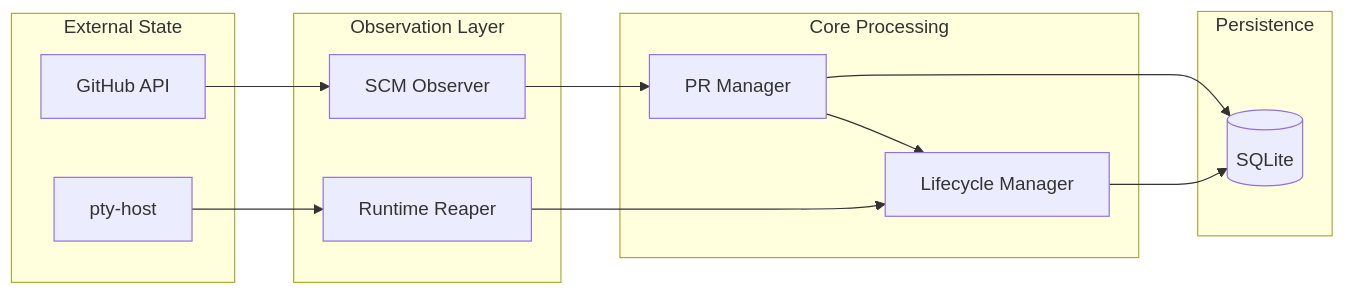
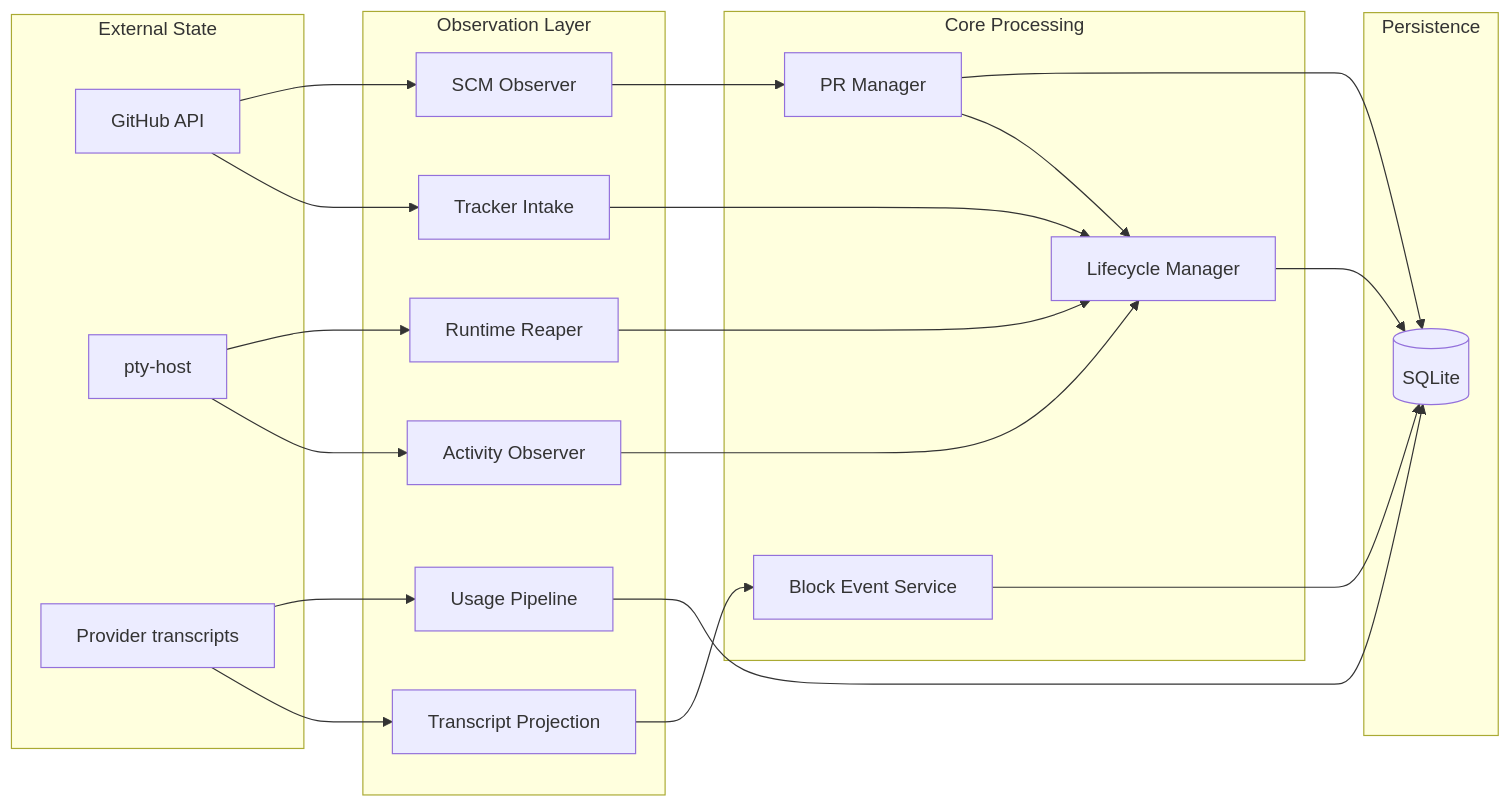
Diagram 19 of 23 in docs/architecture.md (OmarAly92/Operator), drawn with Mermaid before and after one commit. The commit also changed other lines of this file and 11 other files, not shown here.

Commit message:
docs: update architecture and block assembly for transcript handling improvements

````diff
--- a/docs/architecture.md
+++ b/docs/architecture.md
@@ -687,32 +794,47 @@
 ```mermaid
 flowchart LR
     subgraph External["External State"]
         GitHub[GitHub API]
         Runtimes[pty-host]
+        Transcripts[Provider transcripts]
     end
 
     subgraph Observers["Observation Layer"]
         SCM[SCM Observer]
         Reaper[Runtime Reaper]
+        Activity[Activity Observer]
+        Intake[Tracker Intake]
+        Usage[Usage Pipeline]
+        Tail[Transcript Projection]
     end
 
     subgraph Core["Core Processing"]
         LCM[Lifecycle Manager]
         PRMgr[PR Manager]
+        Blocks[Block Event Service]
     end
 
     subgraph Storage["Persistence"]
         SQLite[(SQLite)]
     end
 
     GitHub --> SCM
+    GitHub --> Intake
     Runtimes --> Reaper
+    Runtimes --> Activity
+    Transcripts --> Usage
+    Transcripts --> Tail
 
     SCM --> PRMgr
     PRMgr --> SQLite
     PRMgr --> LCM
 
     Reaper --> LCM
+    Activity --> LCM
+    Intake --> LCM
+    Usage --> SQLite
+    Tail --> Blocks
+    Blocks --> SQLite
     LCM --> SQLite
 
 ```
````
